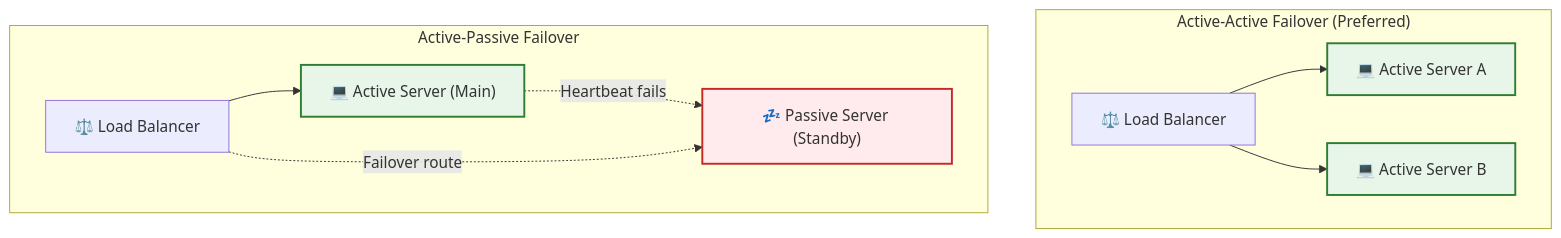
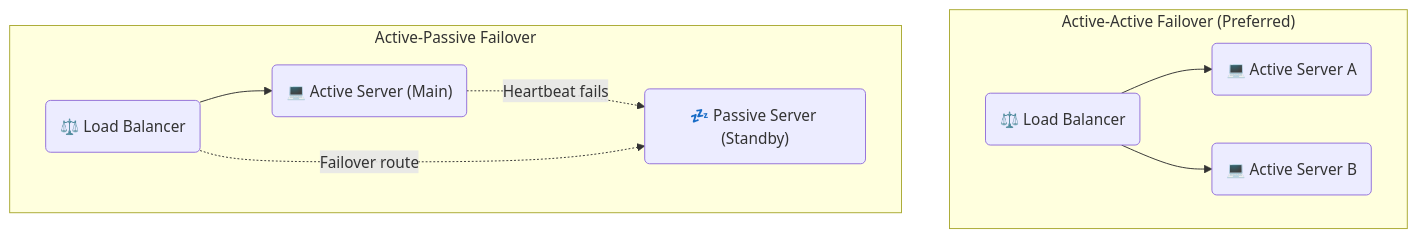
Before and after one commit to PKRacha/system-design: the second of 4 diagrams in basics/04_system_characteristics.md, drawn with Mermaid. The commit also changed other lines of this file and 4 other files, not shown here.

Commit message:
docs: standardize all mermaid diagrams with curvy corners and default color styling

````diff
--- a/basics/04_system_characteristics.md
+++ b/basics/04_system_characteristics.md
@@ -48,18 +48,13 @@
 ```mermaid
 graph TD
     subgraph ActiveActive ["Active-Active Failover (Preferred)"]
-        LB1["⚖️ Load Balancer"] --> S_A["💻 Active Server A"]
-        LB1 --> S_B["💻 Active Server B"]
+        LB1("⚖️ Load Balancer") --> S_A("💻 Active Server A")
+        LB1 --> S_B("💻 Active Server B")
     end
     
     subgraph ActivePassive ["Active-Passive Failover"]
-        LB2["⚖️ Load Balancer"] --> S_C["💻 Active Server (Main)"]
-        S_C -.->|Heartbeat fails| S_D["💤 Passive Server (Standby)"]
+        LB2("⚖️ Load Balancer") --> S_C("💻 Active Server (Main)")
+        S_C -.->|Heartbeat fails| S_D("💤 Passive Server (Standby)")
         LB2 -.->|Failover route| S_D
     end
-    
-    style S_A fill:#e8f5e9,stroke:#2e7d32,stroke-width:2px;
-    style S_B fill:#e8f5e9,stroke:#2e7d32,stroke-width:2px;
-    style S_C fill:#e8f5e9,stroke:#2e7d32,stroke-width:2px;
-    style S_D fill:#ffebee,stroke:#c62828,stroke-width:2px;
 ```
````
